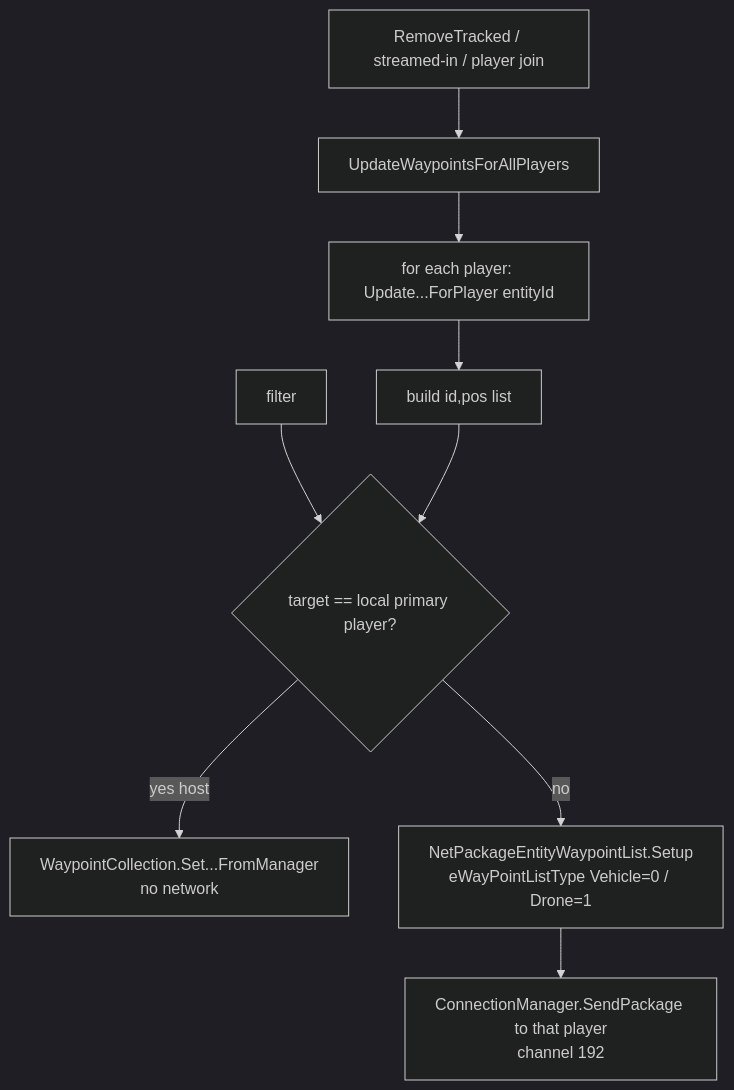
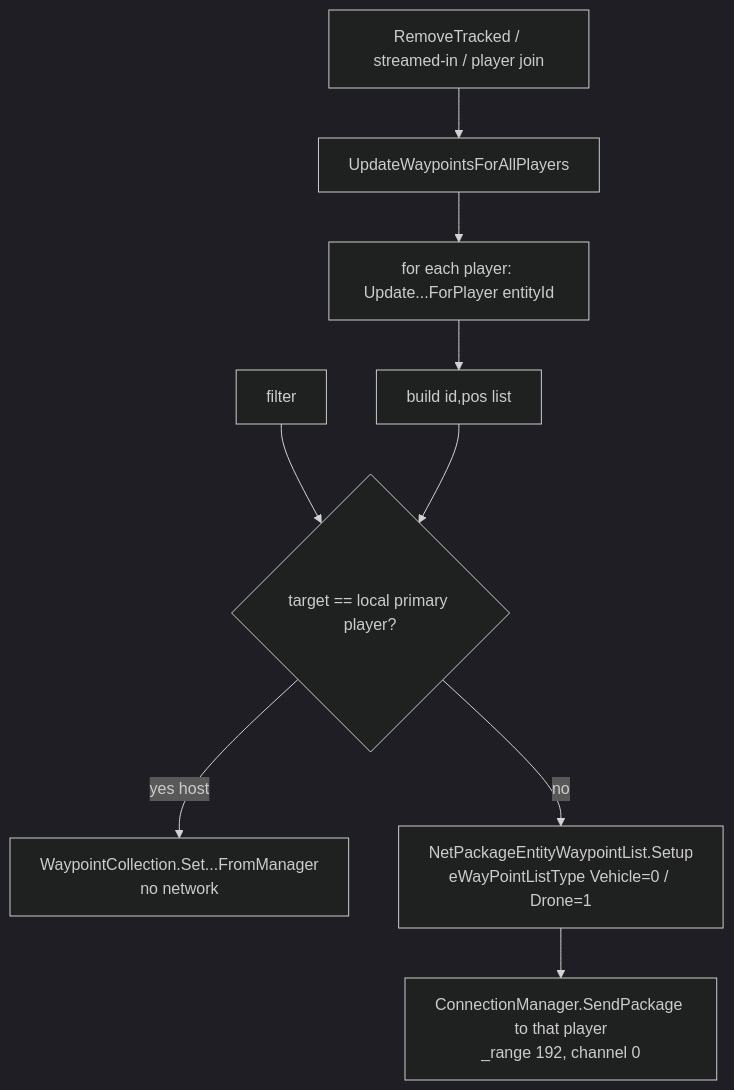
One commit to hordeforge/7dtd-engine-research changed the second of 7 diagrams in docs/vehicles-drones-turrets.md. Above: the diagram before and after it, drawn with Mermaid (dark theme). The commit also changed 19 other files, not shown here.

````diff
--- a/docs/vehicles-drones-turrets.md
+++ b/docs/vehicles-drones-turrets.md
@@ -123,11 +123,11 @@
 ```mermaid
 flowchart TB
   TRIG[RemoveTracked / streamed-in / player join] --> ALL[UpdateWaypointsForAllPlayers]
   ALL --> PER[for each player: Update...ForPlayer entityId]
   PER --> FILT[build id,pos list]
   FILT2[filter] --> LOCAL{target == local primary player?}
   FILT --> LOCAL
   LOCAL -->|yes host| DIRECT[WaypointCollection.Set...FromManager<br/>no network]
   LOCAL -->|no| PKG[NetPackageEntityWaypointList.Setup<br/>eWayPointListType Vehicle=0 / Drone=1]
-  PKG --> SEND[ConnectionManager.SendPackage to that player<br/>channel 192]
+  PKG --> SEND[ConnectionManager.SendPackage to that player<br/>_range 192, channel 0]
 ```
````
